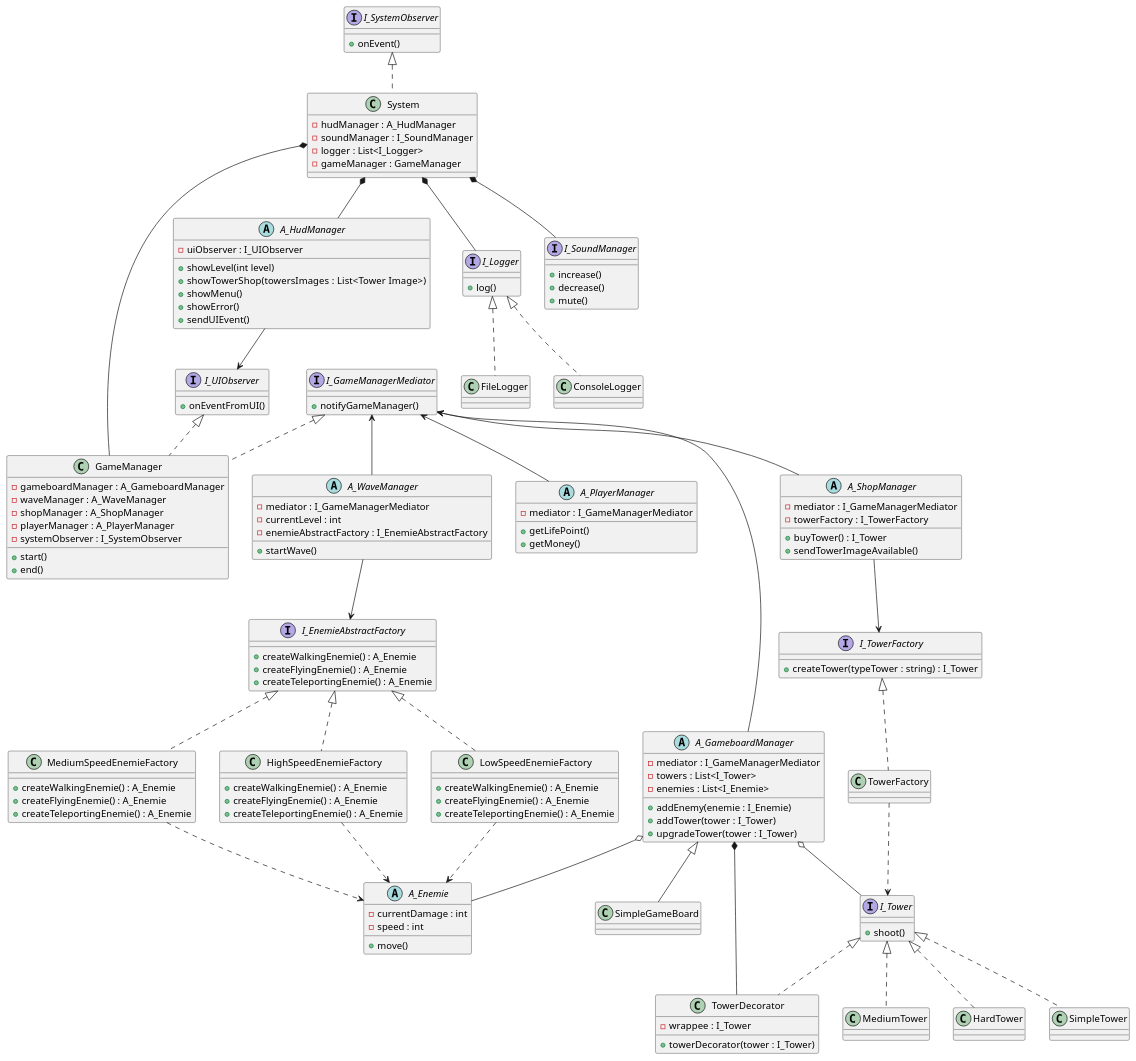
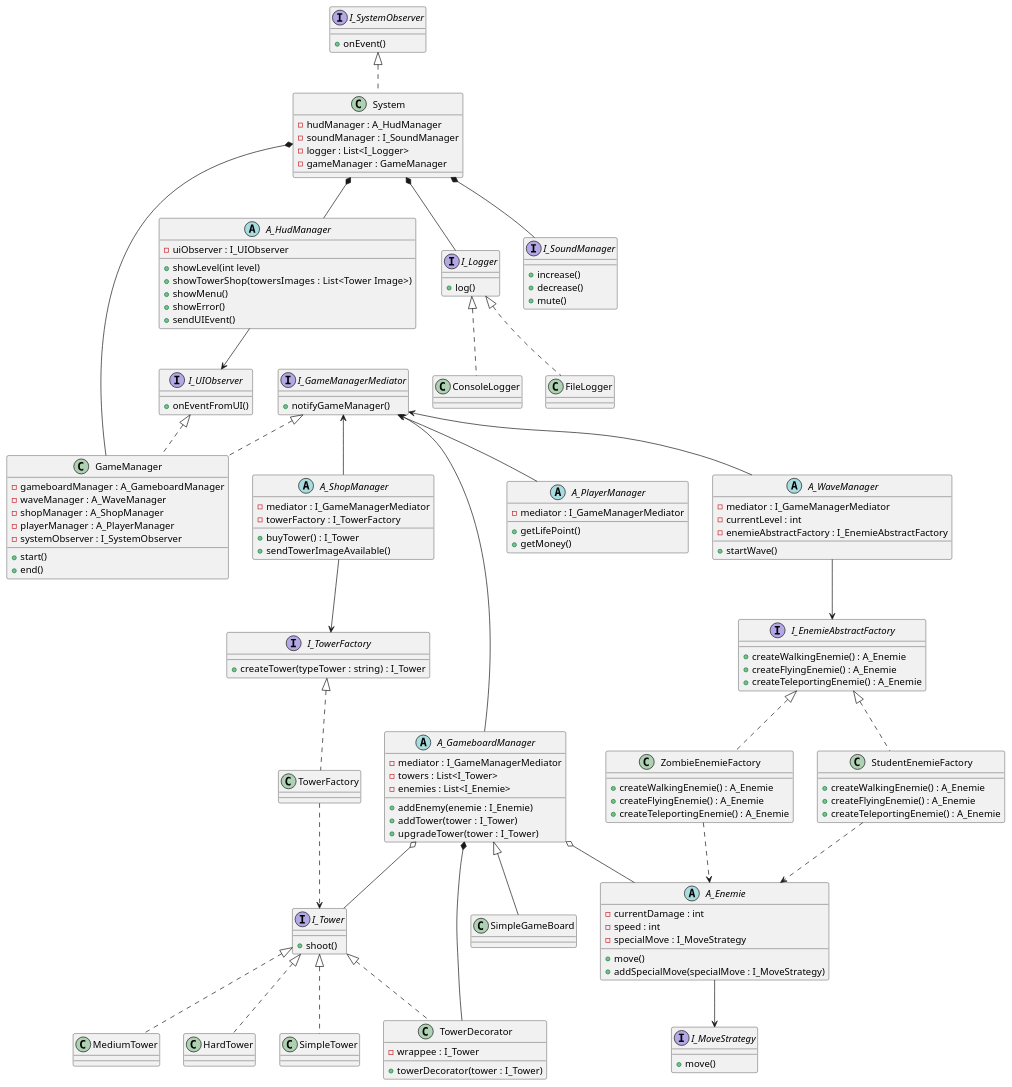
One commit to bobylatruffe/tower_defense changed the diagram in uml.plantuml. Above: the diagram before and after it, drawn with PlantUML.

Commit message:
chore(uml): ajout du desing pattern Strategy pour permettre d'offrir des mouvements différents aux enemies

```diff
--- a/uml.plantuml
+++ b/uml.plantuml
@@ -1,196 +1,196 @@
 @startuml "tower_defense_uml"
 
 /' left to right direction '/
 /' skinparam linetype ortho '/
 /' skinparam linetype polyline '/
 
 class GameManager implements I_UIObserver, I_GameManagerMediator {
     - gameboardManager : A_GameboardManager
     - waveManager : A_WaveManager
     - shopManager : A_ShopManager
     - playerManager : A_PlayerManager
     - systemObserver : I_SystemObserver
     + start()
     + end()
 }
 
 class System implements I_SystemObserver {
     - hudManager : A_HudManager
     - soundManager : I_SoundManager
     - logger : List<I_Logger>
     - gameManager : GameManager
 }
 
 interface I_Logger {
     + log()
 }
 
 
 class FileLogger implements I_Logger {
 }
 
 class ConsoleLogger implements I_Logger {
 }
 
 ' note left of GameManager
 '     Orchestre le cycle de vie du jeu en
 '     coordonnant les différents gestionnaires
 '     nécessaires au fonctionnement du TowerDefense.
 ' end note
 
 abstract class A_GameboardManager  {
     - mediator : I_GameManagerMediator
     - towers : List<I_Tower>
     - enemies : List<I_Enemie>
     + addEnemy(enemie : I_Enemie)
     + addTower(tower : I_Tower)
     + upgradeTower(tower : I_Tower)
 }
 
 A_GameboardManager o-- I_Tower
 A_GameboardManager *-- TowerDecorator
 
 abstract class A_WaveManager  {
     - mediator : I_GameManagerMediator
     - currentLevel : int
     - enemieAbstractFactory : I_EnemieAbstractFactory
     + startWave()
 }
 
 interface I_EnemieAbstractFactory {
     + createWalkingEnemie() : A_Enemie
     + createFlyingEnemie() : A_Enemie
     + createTeleportingEnemie() : A_Enemie
 }
 
 A_WaveManager --> I_EnemieAbstractFactory
 
-class LowSpeedEnemieFactory implements I_EnemieAbstractFactory {
+class StudentEnemieFactory implements I_EnemieAbstractFactory {
     + createWalkingEnemie() : A_Enemie
     + createFlyingEnemie() : A_Enemie
     + createTeleportingEnemie() : A_Enemie
 }
 
-LowSpeedEnemieFactory ..> A_Enemie
+StudentEnemieFactory ..> A_Enemie
 
-class MediumSpeedEnemieFactory implements I_EnemieAbstractFactory {
+class ZombieEnemieFactory implements I_EnemieAbstractFactory {
     + createWalkingEnemie() : A_Enemie
     + createFlyingEnemie() : A_Enemie
     + createTeleportingEnemie() : A_Enemie
 }
 
-MediumSpeedEnemieFactory ..> A_Enemie
-
-class HighSpeedEnemieFactory implements I_EnemieAbstractFactory {
-    + createWalkingEnemie() : A_Enemie
-    + createFlyingEnemie() : A_Enemie
-    + createTeleportingEnemie() : A_Enemie
-}
-
-HighSpeedEnemieFactory ..> A_Enemie
+ZombieEnemieFactory ..> A_Enemie
 
 abstract class A_ShopManager {
     - mediator : I_GameManagerMediator
     - towerFactory : I_TowerFactory
     + buyTower() : I_Tower
     + sendTowerImageAvailable()
 }
 
 abstract class A_PlayerManager  {
     - mediator : I_GameManagerMediator
     + getLifePoint()
     + getMoney()
 }
 
 class TowerFactory implements I_TowerFactory {
 
 }
 
 A_ShopManager --> I_TowerFactory
 
 abstract class A_HudManager {
     - uiObserver : I_UIObserver
     + showLevel(int level)
     + showTowerShop(towersImages : List<Tower  Image>)
     + showMenu()
     + showError()
     + sendUIEvent()
 }
 
 interface I_TowerFactory {
     + createTower(typeTower : string) : I_Tower
 }
 
 interface I_SoundManager {
     + increase()
     + decrease()
     + mute()
 }
 
 interface I_SystemObserver {
     + onEvent()
 }
 
 interface I_UIObserver {
     + onEventFromUI()
 }
 
 interface I_GameManagerMediator {
     + notifyGameManager()
 }
 
 /' GameManager o-- A_GameboardManager
 GameManager o-- A_WaveManager
 GameManager o-- A_ShopManager
 GameManager o-- A_PlayerManager
 GameManager o-- I_SystemObserver '/
 
 System *-- A_HudManager
 System *-- I_SoundManager
 System *-- I_Logger
 System *-- GameManager
 
 A_HudManager --> I_UIObserver
 
 I_GameManagerMediator <-- A_GameboardManager
 I_GameManagerMediator <-- A_PlayerManager
 I_GameManagerMediator <-- A_WaveManager
 I_GameManagerMediator <-- A_ShopManager
 
 /' A_GameboardManager o-- I_Tower '/
 A_GameboardManager o-- A_Enemie
 
 TowerFactory ..> I_Tower
 
 interface I_Tower {
     + shoot()
 }
 
 class SimpleTower implements I_Tower {
     
 }
 
 class MediumTower implements I_Tower {
     
 }
 
 class HardTower implements I_Tower {
     
 }
 
 class TowerDecorator implements I_Tower {
     - wrappee : I_Tower
     + towerDecorator(tower : I_Tower)
 }
 
+interface I_MoveStrategy {
+    + move()
+}
+
 abstract class A_Enemie {
     - currentDamage : int
     - speed : int
+    - specialMove : I_MoveStrategy
     + move()
+    + addSpecialMove(specialMove : I_MoveStrategy)
 }
+
+A_Enemie --> I_MoveStrategy
 
 class SimpleGameBoard extends A_GameboardManager {
 
 }
 
 @enduml
```
